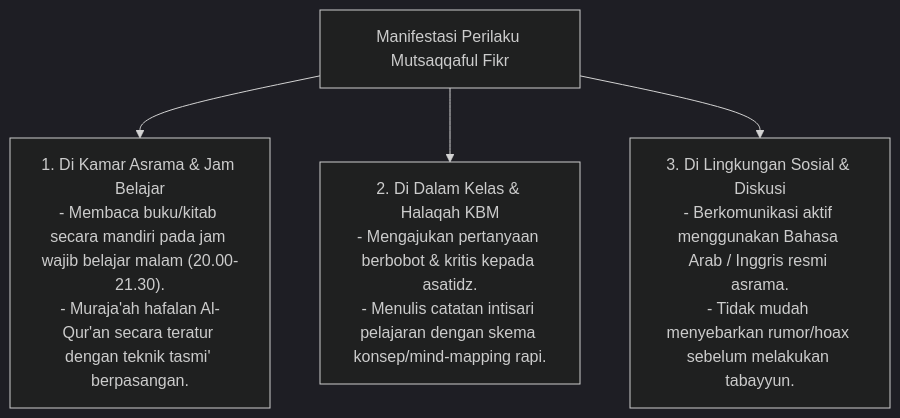
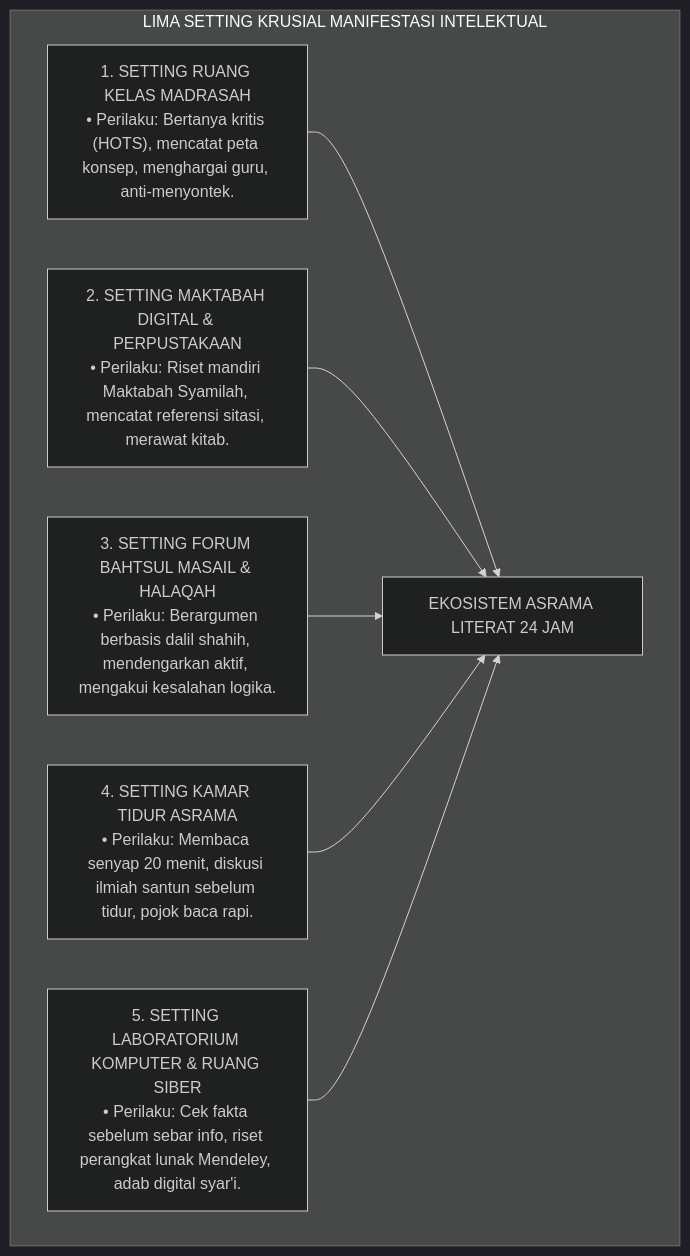
Before and after one commit to wandiapriliyandi/tumbuh: the fourth of 6 diagrams in 03 Capacity Framework/08 Mutsaqqaful Fikr/P3-08-06-Manifestasi-Perilaku-Santri.md, drawn with Mermaid (dark theme). The commit also changed other lines of this file and 14 other files, not shown here.

Commit message:
docs(03-capacity): complete 15 research monographs for 08 Mutsaqqaful Fikr

````diff
--- a/03 Capacity Framework/08 Mutsaqqaful Fikr/P3-08-06-Manifestasi-Perilaku-Santri.md
+++ b/03 Capacity Framework/08 Mutsaqqaful Fikr/P3-08-06-Manifestasi-Perilaku-Santri.md
@@ -10,10 +113,16 @@
 ```mermaid
-graph TD
-    Perilaku["Manifestasi Perilaku Mutsaqqaful Fikr"]
-    
-    Perilaku --> B1["1. Di Kamar Asrama & Jam Belajar<br/>- Membaca buku/kitab secara mandiri pada jam wajib belajar malam (20.00-21.30).<br/>- Muraja'ah hafalan Al-Qur'an secara teratur dengan teknik tasmi' berpasangan."]
-    
-    Perilaku --> B2["2. Di Dalam Kelas & Halaqah KBM<br/>- Mengajukan pertanyaan berbobot & kritis kepada asatidz.<br/>- Menulis catatan intisari pelajaran dengan skema konsep/mind-mapping rapi."]
-    
-    Perilaku --> B3["3. Di Lingkungan Sosial & Diskusi<br/>- Berkomunikasi aktif menggunakan Bahasa Arab / Inggris resmi asrama.<br/>- Tidak mudah menyebarkan rumor/hoax sebelum melakukan tabayyun."]
+flowchart TD
+    subgraph LimaSettingIntelektual["LIMA SETTING KRUSIAL MANIFESTASI INTELEKTUAL"]
+        S1["1. SETTING RUANG KELAS MADRASAH<br/>• Perilaku: Bertanya kritis (HOTS), mencatat peta konsep, menghargai guru, anti-menyontek."]
+        
+        S2["2. SETTING MAKTABAH DIGITAL & PERPUSTAKAAN<br/>• Perilaku: Riset mandiri Maktabah Syamilah, mencatat referensi sitasi, merawat kitab."]
+        
+        S3["3. SETTING FORUM BAHTSUL MASAIL & HALAQAH<br/>• Perilaku: Berargumen berbasis dalil shahih, mendengarkan aktif, mengakui kesalahan logika."]
+        
+        S4["4. SETTING KAMAR TIDUR ASRAMA<br/>• Perilaku: Membaca senyap 20 menit, diskusi ilmiah santun sebelum tidur, pojok baca rapi."]
+        
+        S5["5. SETTING LABORATORIUM KOMPUTER & RUANG SIBER<br/>• Perilaku: Cek fakta sebelum sebar info, riset perangkat lunak Mendeley, adab digital syar'i."]
+        
+        S1 & S2 & S3 & S4 & S5 --> Terpadu["EKOSISTEM ASRAMA LITERAT 24 JAM"]
+    end
 ```
````
